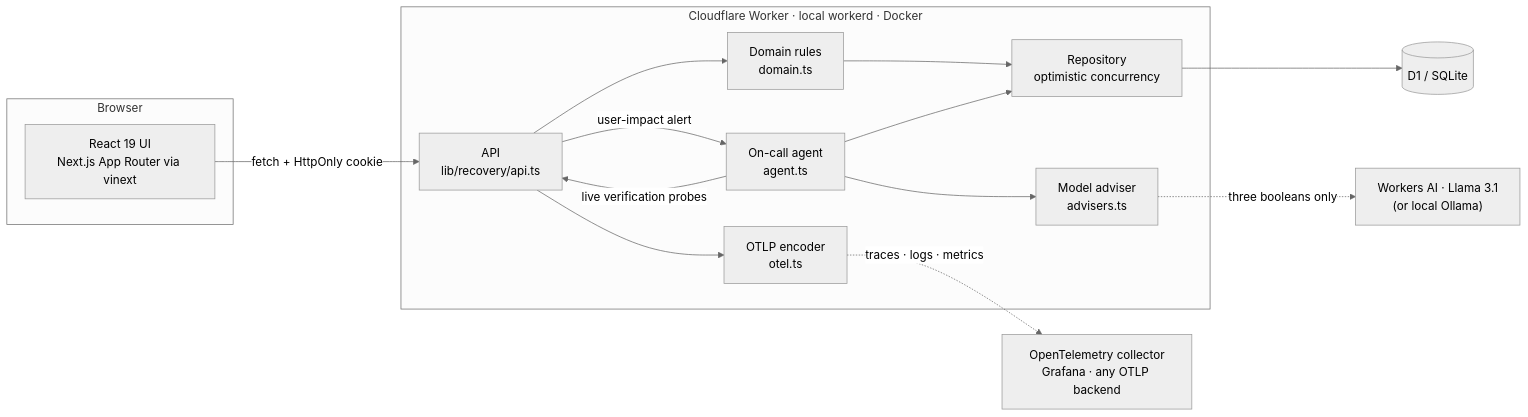
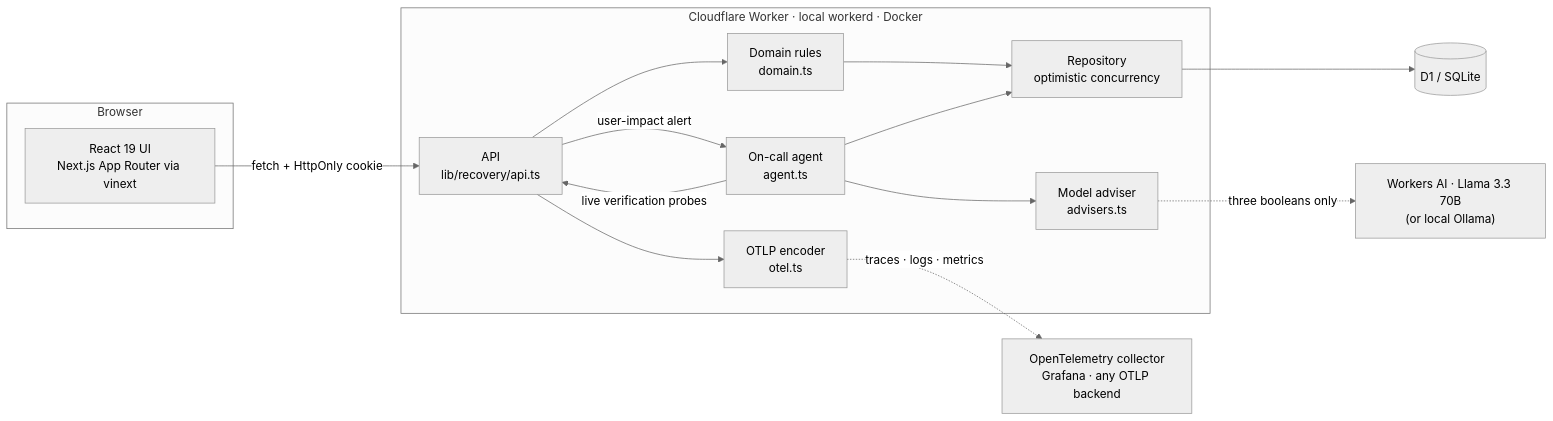
The first of 2 diagrams in README.md (cssaritama/Service-Recovery-Lab), drawn with Mermaid (neutral theme) before and after one commit. The commit also changed other lines of this file and 9 other files, not shown here.

````diff
--- a/README.md
+++ b/README.md
@@ -114,25 +120,25 @@
 ```mermaid
 flowchart LR
   subgraph Browser
     UI["React 19 UI<br/>Next.js App Router via vinext"]
   end
   subgraph Worker["Cloudflare Worker · local workerd · Docker"]
     API["API<br/>lib/recovery/api.ts"]
     DOM["Domain rules<br/>domain.ts"]
     AG["On-call agent<br/>agent.ts"]
     ADV["Model adviser<br/>advisers.ts"]
     OT["OTLP encoder<br/>otel.ts"]
     REPO["Repository<br/>optimistic concurrency"]
   end
   DB[("D1 / SQLite")]
-  AI["Workers AI · Llama 3.1<br/>(or local Ollama)"]
+  AI["Workers AI · Llama 3.3 70B<br/>(or local Ollama)"]
   COL["OpenTelemetry collector<br/>Grafana · any OTLP backend"]
 
   UI -- "fetch + HttpOnly cookie" --> API
   API --> DOM
   API -- "user-impact alert" --> AG
   AG -- "live verification probes" --> API
   AG --> ADV -. "three booleans only" .-> AI
   DOM & AG --> REPO --> DB
   API --> OT -. "traces · logs · metrics" .-> COL
 ```
````
